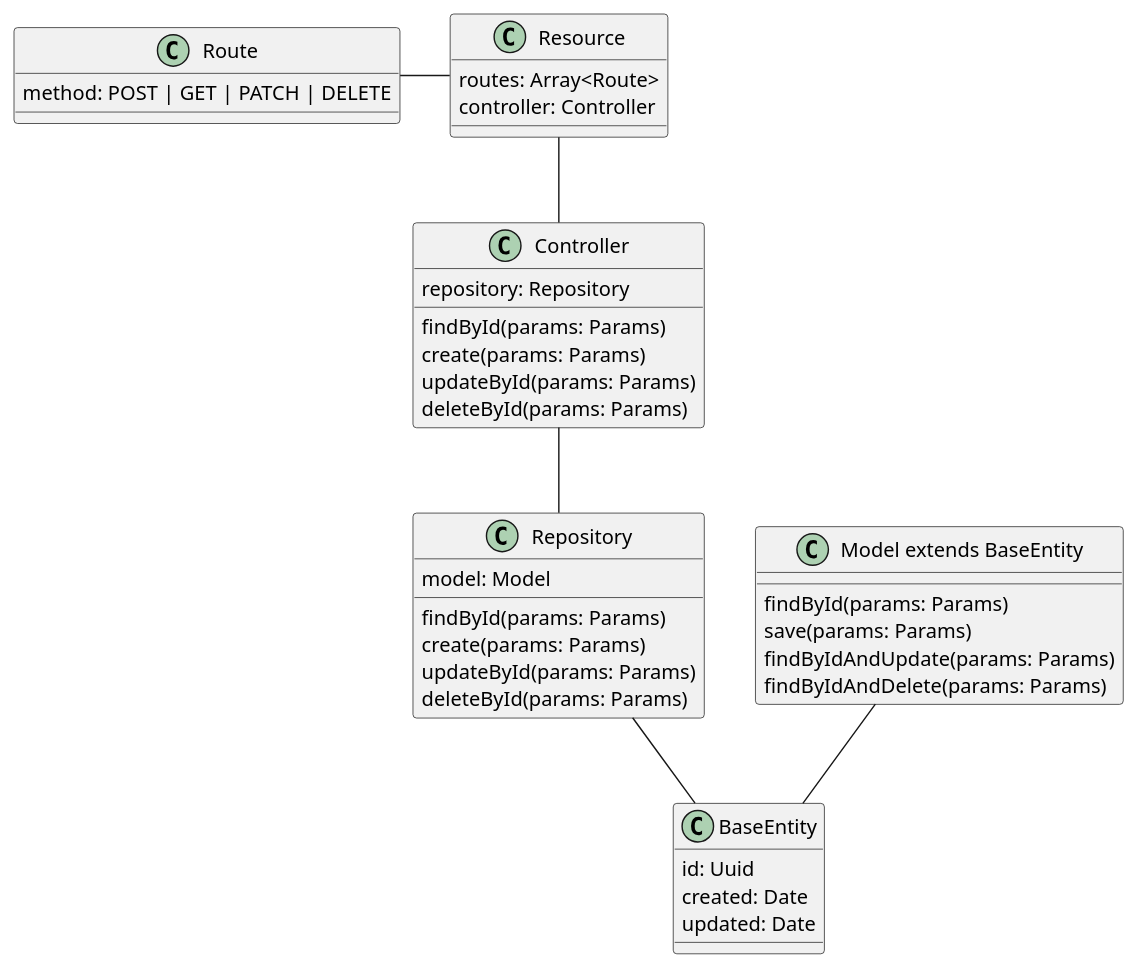
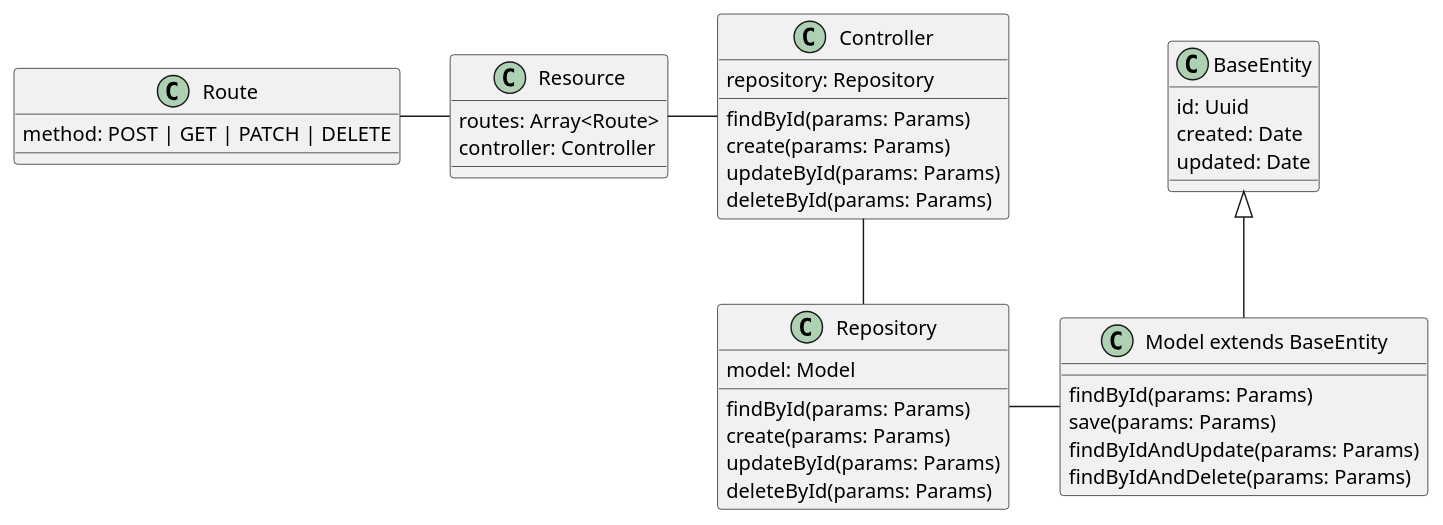
Before and after one commit to Martenda/geopredict: the diagram in backend/api/docs/structure.puml, drawn with PlantUML. The commit also changed 13 other files, not shown here.

```diff
--- a/backend/api/docs/structure.puml
+++ b/backend/api/docs/structure.puml
@@ -1,47 +1,46 @@
 @startuml geopredict class diagram
 
 class BaseEntity {
     id: Uuid
     created: Date
     updated: Date
 }
 
 class Route {
     method: POST | GET | PATCH | DELETE
 
 }
 
 class Resource {
     routes: Array<Route>
     controller: Controller
 }
 
 class Controller {
     repository: Repository
     findById(params: Params)
     create(params: Params)
     updateById(params: Params)
     deleteById(params: Params)
 }
 
 class Repository {
     model: Model
     findById(params: Params)
     create(params: Params)
     updateById(params: Params)
     deleteById(params: Params)
 }
 
 class "Model extends BaseEntity" {
     findById(params: Params)
     save(params: Params)
     findByIdAndUpdate(params: Params)
     findByIdAndDelete(params: Params)    
 }
 Route - Resource
-Resource -- Controller
+Resource - Controller
 Controller -- Repository
-Repository -- BaseEntity
-"Model extends BaseEntity" -- BaseEntity
-
+BaseEntity <|-- "Model extends BaseEntity"
+Repository - "Model extends BaseEntity"
 @enduml
```
